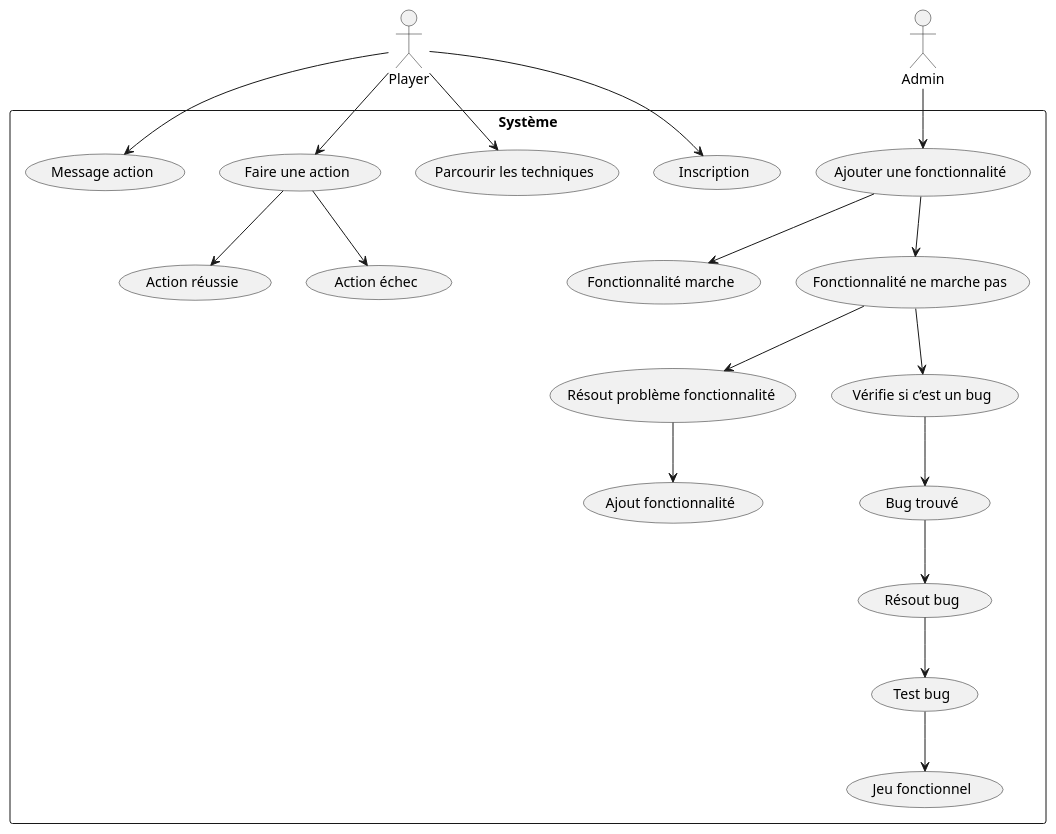
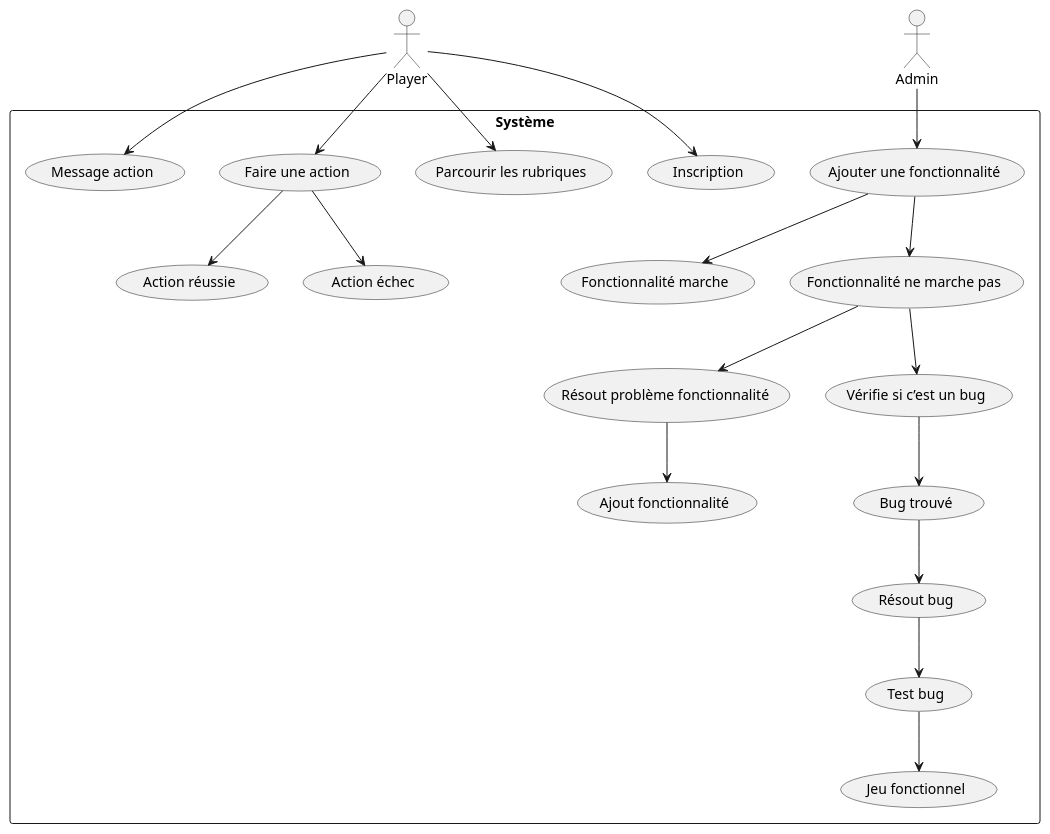
One commit to samirb80440/StagecdagoblandV2 changed the diagram in Uml/Cas_utilisation_gobland.puml. Above: the diagram before and after it, drawn with PlantUML. The commit also changed 5 other files, not shown here.

Commit message:
changement diagramme doit rajouter si erreur

```diff
--- a/Uml/Cas_utilisation_gobland.puml
+++ b/Uml/Cas_utilisation_gobland.puml
@@ -1,29 +1,29 @@
 @startuml Utilisation
 
 actor Player
 actor Admin
 
 rectangle "Système" {
   
   ' Cas d'utilisation Player
   Player --> (Inscription)
-  Player --> (Parcourir les techniques)
+  Player --> (Parcourir les rubriques)
   Player --> (Faire une action)
   (Faire une action) --> (Action réussie)
   (Faire une action) --> (Action échec)
   Player --> (Message action)
   
   ' Cas d'utilisation Admin
   Admin --> (Ajouter une fonctionnalité)
   (Ajouter une fonctionnalité) --> (Fonctionnalité marche)
   (Ajouter une fonctionnalité) --> (Fonctionnalité ne marche pas)
   (Fonctionnalité ne marche pas) --> (Résout problème fonctionnalité)
   (Résout problème fonctionnalité) --> (Ajout fonctionnalité)
   (Fonctionnalité ne marche pas) --> (Vérifie si c’est un bug)
   (Vérifie si c’est un bug) --> (Bug trouvé)
   (Bug trouvé) --> (Résout bug)
   (Résout bug) --> (Test bug)
   (Test bug) --> (Jeu fonctionnel)
 }
 
 @enduml
```
